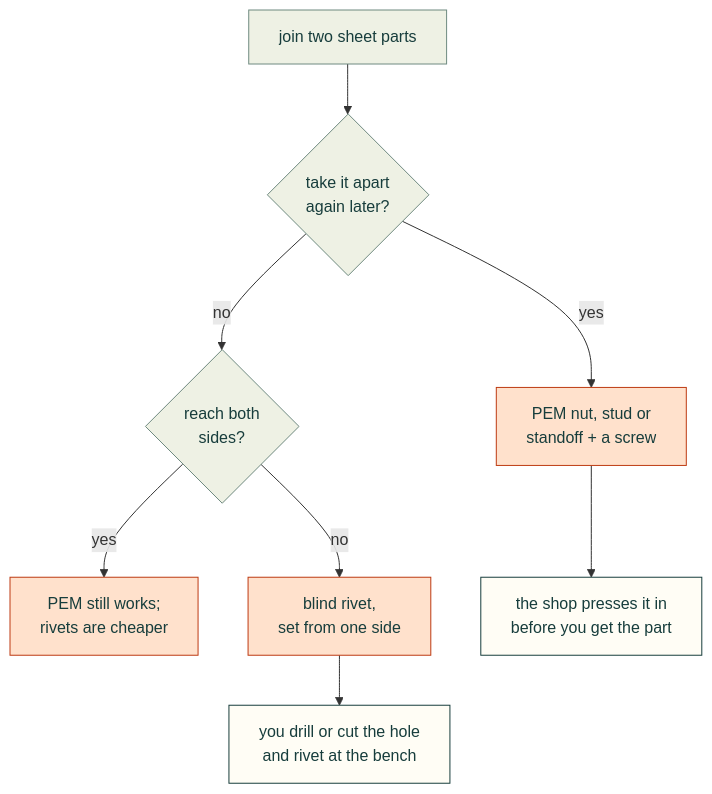
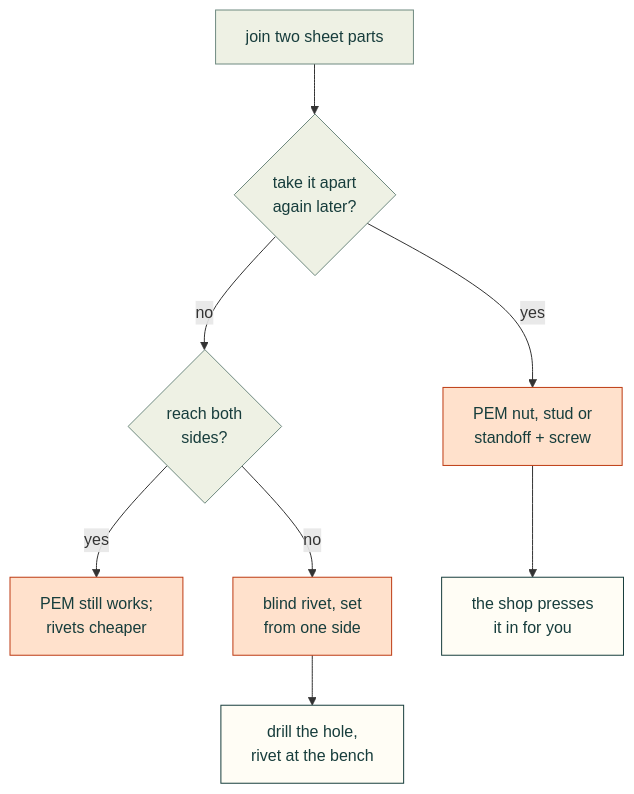
The first of 8 diagrams in research/sheet-metal-joining.md (Valpatel/cad-agent), drawn with Mermaid before and after one commit. The commit also changed other lines of this file and 2 other files, not shown here.

First line of the commit message:
Research pages: diagrams fit the 1100 px column; second-review fixes

````diff
--- a/research/sheet-metal-joining.md
+++ b/research/sheet-metal-joining.md
@@ -19,16 +19,16 @@
 ```mermaid
 flowchart TD
     Q["join two sheet parts"] --> R{"take it apart<br/>again later?"}
-    R -->|yes| P["PEM nut, stud or<br/>standoff + a screw"]
+    R -->|yes| P["PEM nut, stud or<br/>standoff + screw"]
     R -->|no| B{"reach both<br/>sides?"}
-    B -->|yes| P2["PEM still works;<br/>rivets are cheaper"]
-    B -->|no| V["blind rivet,<br/>set from one side"]
-    P --> S["the shop presses it in<br/>before you get the part"]
-    V --> H["you drill or cut the hole<br/>and rivet at the bench"]
+    B -->|yes| P2["PEM still works;<br/>rivets cheaper"]
+    B -->|no| V["blind rivet, set<br/>from one side"]
+    P --> S["the shop presses<br/>it in for you"]
+    V --> H["drill the hole,<br/>rivet at the bench"]
     classDef here fill:#fffdf5,stroke:#173d3c,color:#173d3c
     classDef near fill:#eef1e4,stroke:#6f8a80,color:#173d3c
     classDef out fill:#ffe1cc,stroke:#bd3a12,color:#173d3c
     class Q,R,B near
     class P,P2,V out
     class S,H here
 ```
````
